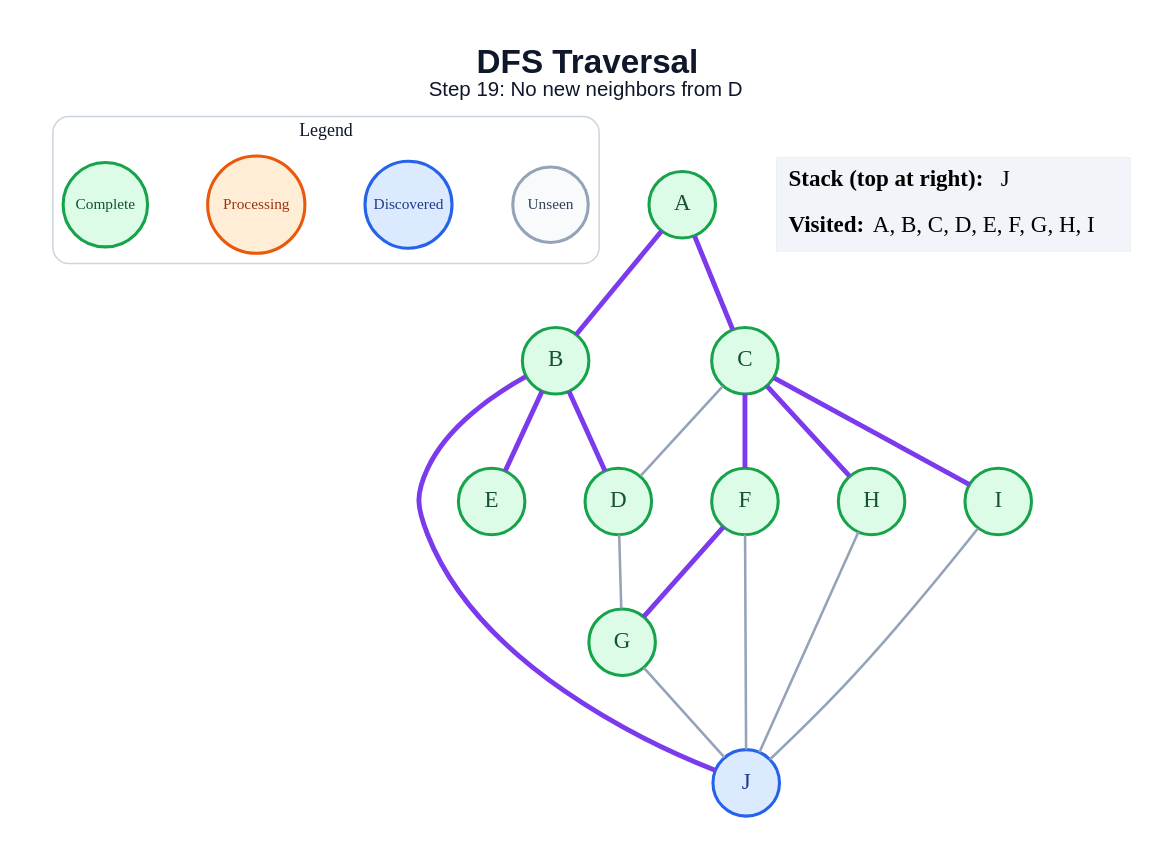
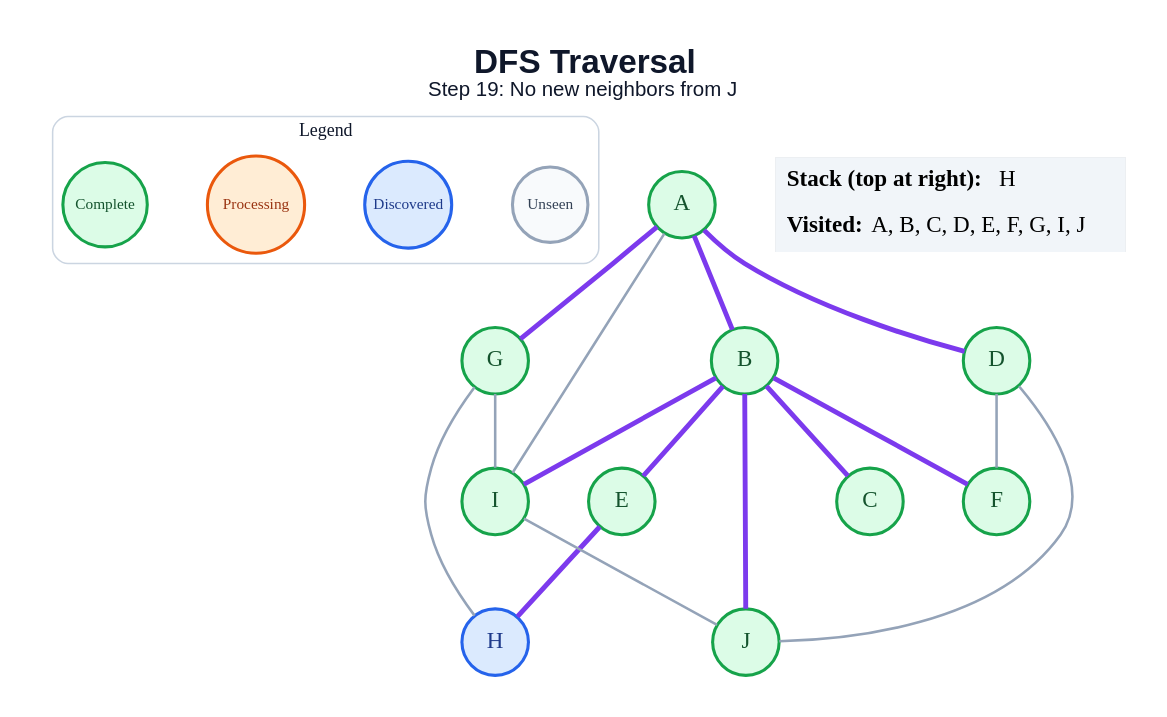
Before and after one commit to anon7238593-create/ai-slop: the diagram in generated/specific-node/dfs/step_19.dot, drawn with Graphviz. The commit also changed 171 other files, not shown here.

```diff
--- a/generated/specific-node/dfs/step_19.dot
+++ b/generated/specific-node/dfs/step_19.dot
@@ -1,44 +1,44 @@
 graph traversal {
   graph [layout=dot, rankdir=TB, bgcolor="#FFFFFF", pad="0.35", nodesep="0.65", ranksep="0.8", fontname="Arial"];
   node [shape=circle, style="filled", fontname="Arial Bold", fontsize=18, width=0.72, fixedsize=true, penwidth=2.4];
   edge [color="#94A3B8", penwidth=2.0];
-  label=<<B>DFS Traversal</B><BR/><FONT POINT-SIZE="16">Step 19: No new neighbors from D</FONT>>; labelloc="t"; fontsize=26; fontname="Arial"; fontcolor="#0F172A";
+  label=<<B>DFS Traversal</B><BR/><FONT POINT-SIZE="16">Step 19: No new neighbors from J</FONT>>; labelloc="t"; fontsize=26; fontname="Arial"; fontcolor="#0F172A";
   subgraph cluster_legend { label="Legend"; color="#CBD5E1"; penwidth=1.2; style="rounded"; fontsize=14; fontname="Arial Bold";
     key_unseen [label="Unseen", fillcolor="#F8FAFC", color="#94A3B8", fontcolor="#334155", fontsize=12, width=0.82];
     key_frontier [label="Discovered", fillcolor="#DBEAFE", color="#2563EB", fontcolor="#1E3A8A", fontsize=12, width=0.95];
     key_current [label="Processing", fillcolor="#FFEDD5", color="#EA580C", fontcolor="#9A3412", fontsize=12, width=1.05];
     key_done [label="Complete", fillcolor="#DCFCE7", color="#16A34A", fontcolor="#14532D", fontsize=12, width=0.92];
     { rank=same; key_unseen; key_frontier; key_current; key_done; }
   }
   A [fillcolor="#DCFCE7", color="#16A34A", fontcolor="#14532D"];
   B [fillcolor="#DCFCE7", color="#16A34A", fontcolor="#14532D"];
   C [fillcolor="#DCFCE7", color="#16A34A", fontcolor="#14532D"];
   D [fillcolor="#DCFCE7", color="#16A34A", fontcolor="#14532D"];
   E [fillcolor="#DCFCE7", color="#16A34A", fontcolor="#14532D"];
   F [fillcolor="#DCFCE7", color="#16A34A", fontcolor="#14532D"];
   G [fillcolor="#DCFCE7", color="#16A34A", fontcolor="#14532D"];
-  H [fillcolor="#DCFCE7", color="#16A34A", fontcolor="#14532D"];
+  H [fillcolor="#DBEAFE", color="#2563EB", fontcolor="#1E3A8A"];
   I [fillcolor="#DCFCE7", color="#16A34A", fontcolor="#14532D"];
-  J [fillcolor="#DBEAFE", color="#2563EB", fontcolor="#1E3A8A"];
+  J [fillcolor="#DCFCE7", color="#16A34A", fontcolor="#14532D"];
   A -- B [color="#7C3AED", penwidth=3.8];
-  A -- C [color="#7C3AED", penwidth=3.8];
-  B -- D [color="#7C3AED", penwidth=3.8];
+  A -- D [color="#7C3AED", penwidth=3.8];
+  A -- G [color="#7C3AED", penwidth=3.8];
+  A -- I;
+  B -- C [color="#7C3AED", penwidth=3.8];
   B -- E [color="#7C3AED", penwidth=3.8];
+  B -- F [color="#7C3AED", penwidth=3.8];
+  B -- I [color="#7C3AED", penwidth=3.8];
   B -- J [color="#7C3AED", penwidth=3.8];
-  C -- D;
-  C -- F [color="#7C3AED", penwidth=3.8];
-  C -- H [color="#7C3AED", penwidth=3.8];
-  C -- I [color="#7C3AED", penwidth=3.8];
-  D -- G;
-  F -- G [color="#7C3AED", penwidth=3.8];
-  F -- J;
-  G -- J;
-  H -- J;
+  D -- F;
+  D -- J;
+  E -- H [color="#7C3AED", penwidth=3.8];
+  G -- H;
+  G -- I;
   I -- J;
   status [shape=plain, fixedsize=false, width=0, height=0, margin=0, label=<
     <TABLE BORDER="0" CELLBORDER="0" CELLPADDING="7" BGCOLOR="#F1F5F9">
-      <TR><TD ALIGN="LEFT"><B>Stack (top at right):</B> J</TD></TR>
-      <TR><TD ALIGN="LEFT"><B>Visited:</B> A, B, C, D, E, F, G, H, I</TD></TR>
+      <TR><TD ALIGN="LEFT"><B>Stack (top at right):</B> H</TD></TR>
+      <TR><TD ALIGN="LEFT"><B>Visited:</B> A, B, C, D, E, F, G, I, J</TD></TR>
     </TABLE>
   >];
 }
```
